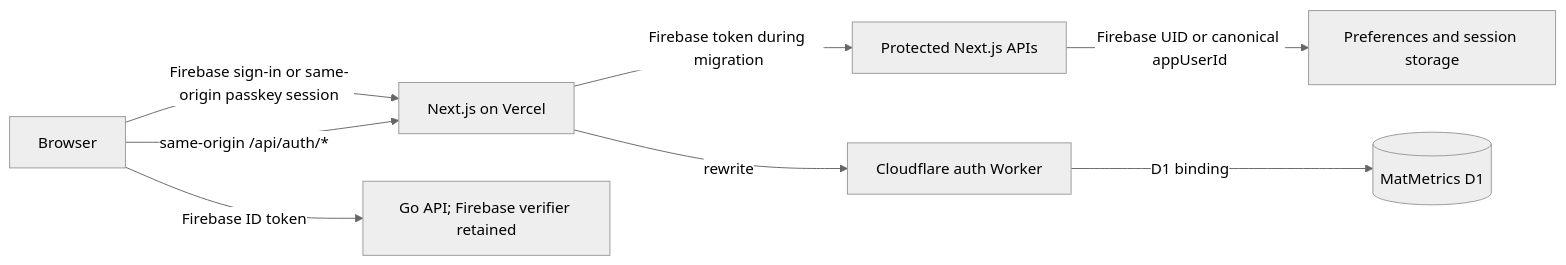
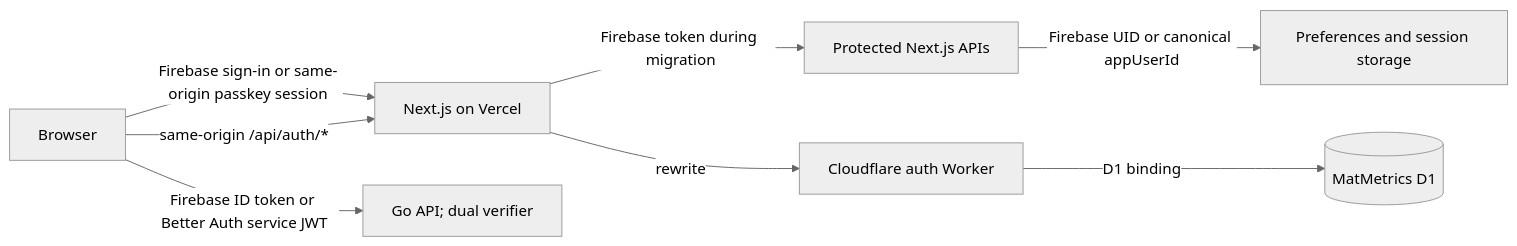
The diagram in docs/better-auth-passkey-migration.md (CyanAutomation/matmetrics), drawn with Mermaid (neutral theme) before and after one commit. The commit also changed other lines of this file and 5 other files, not shown here.

````diff
--- a/docs/better-auth-passkey-migration.md
+++ b/docs/better-auth-passkey-migration.md
@@ -19,10 +20,10 @@
 ```mermaid
 flowchart LR
   B[Browser] -->|Firebase sign-in or same-origin passkey session| V[Next.js on Vercel]
   V -->|Firebase token during migration| A[Protected Next.js APIs]
   B -->|same-origin /api/auth/*| V
   V -->|rewrite| W[Cloudflare auth Worker]
   W -->|D1 binding| D[(MatMetrics D1)]
   A -->|Firebase UID or canonical appUserId| S[Preferences and session storage]
-  B -->|Firebase ID token| G[Go API; Firebase verifier retained]
+  B -->|Firebase ID token or Better Auth service JWT| G[Go API; dual verifier]
 ```
````
